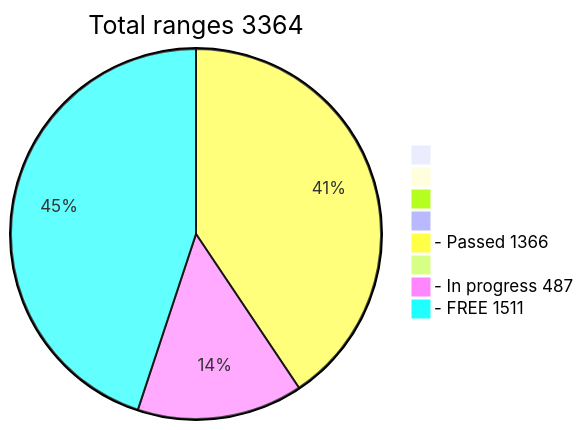
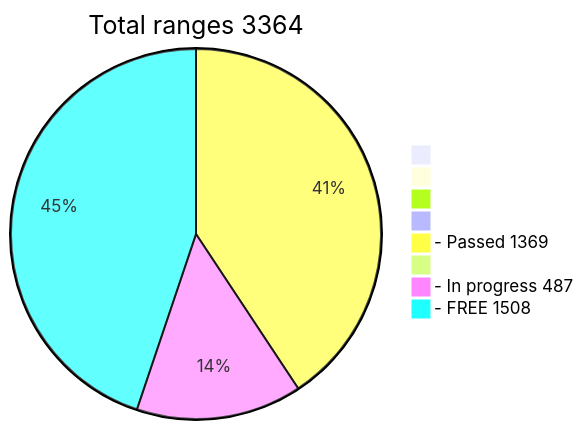
Before and after one commit to phrutis/wif500: the diagram in README.md, drawn with Mermaid.

````diff
--- a/README.md
+++ b/README.md
@@ -16,12 +16,12 @@
 ```mermaid
 pie title Total ranges 3364
              " " : 0
             "  " : 0
            "   " : 0
           "    " : 0
-  "- Passed 1366" : 1366
+  "- Passed 1369" : 1369
          "     " : 0
   "- In progress 487" : 487
-   "- FREE 1511" : 1511
+   "- FREE 1508" : 1508
    
 ```
````
